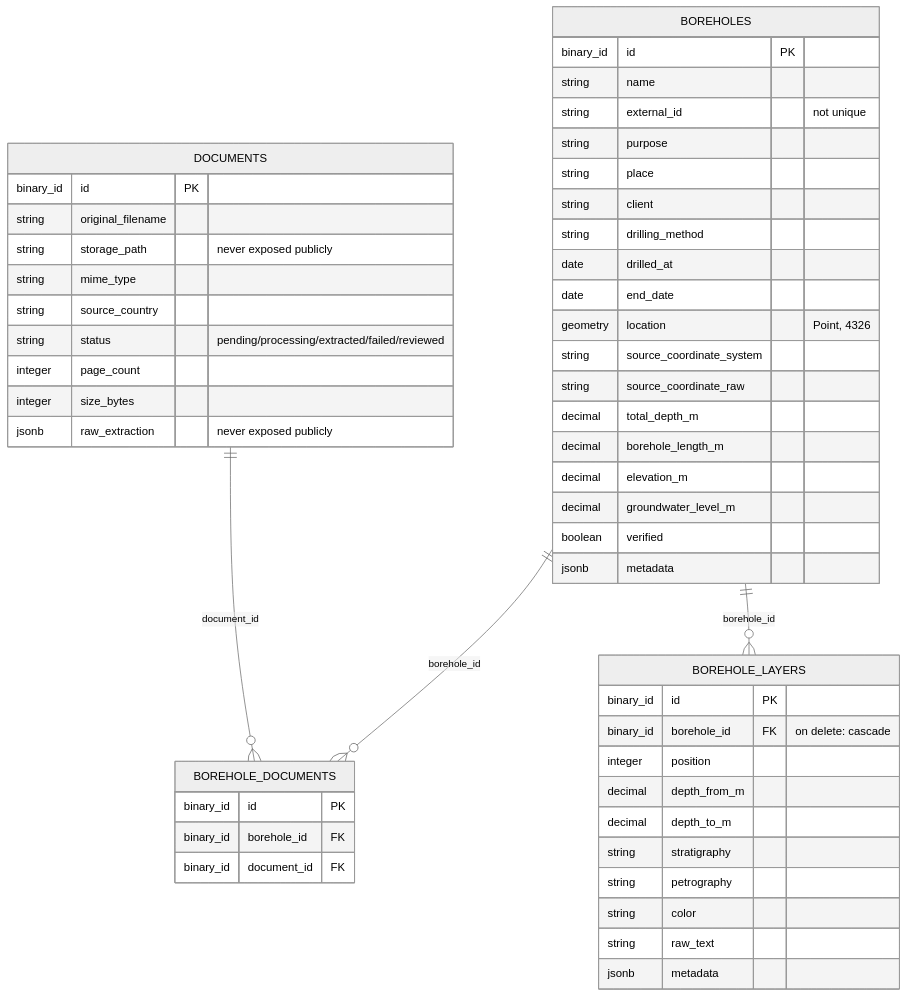
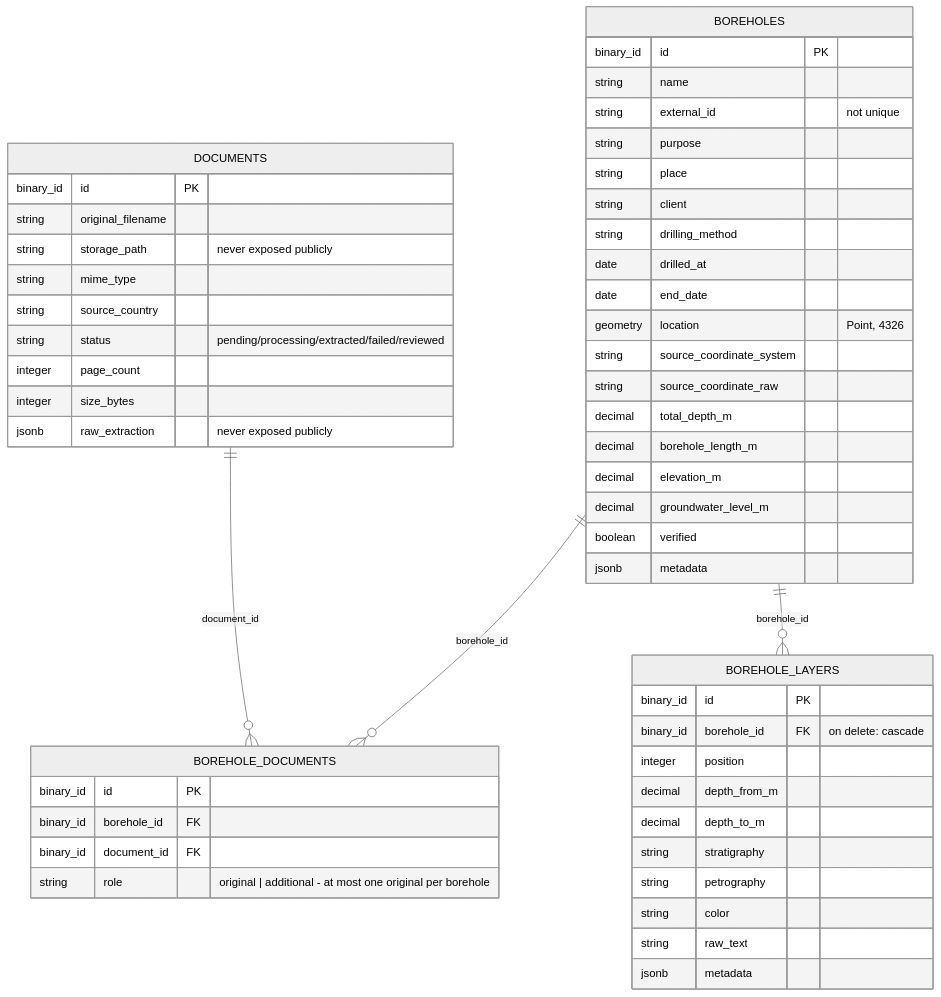
One commit to t-kelsey/smart-automation changed the first of 2 diagrams in docs/data-model.md. Above: the diagram before and after it, drawn with Mermaid (neutral theme). The commit also changed other lines of this file and 4 other files, not shown here.

````diff
--- a/docs/data-model.md
+++ b/docs/data-model.md
@@ -7,58 +7,59 @@
 ```mermaid
 erDiagram
     DOCUMENTS ||--o{ BOREHOLE_DOCUMENTS : document_id
     BOREHOLES ||--o{ BOREHOLE_DOCUMENTS : borehole_id
     BOREHOLES ||--o{ BOREHOLE_LAYERS : borehole_id
 
     DOCUMENTS {
         binary_id id PK
         string original_filename
         string storage_path "never exposed publicly"
         string mime_type
         string source_country
         string status "pending/processing/extracted/failed/reviewed"
         integer page_count
         integer size_bytes
         jsonb raw_extraction "never exposed publicly"
     }
 
     BOREHOLES {
         binary_id id PK
         string name
         string external_id "not unique"
         string purpose
         string place
         string client
         string drilling_method
         date drilled_at
         date end_date
         geometry location "Point, 4326"
         string source_coordinate_system
         string source_coordinate_raw
         decimal total_depth_m
         decimal borehole_length_m
         decimal elevation_m
         decimal groundwater_level_m
         boolean verified
         jsonb metadata
     }
 
     BOREHOLE_DOCUMENTS {
         binary_id id PK
         binary_id borehole_id FK
         binary_id document_id FK
+        string role "original | additional - at most one original per borehole"
     }
 
     BOREHOLE_LAYERS {
         binary_id id PK
         binary_id borehole_id FK "on delete: cascade"
         integer position
         decimal depth_from_m
         decimal depth_to_m
         string stratigraphy
         string petrography
         string color
         string raw_text
         jsonb metadata
     }
 ```
````
